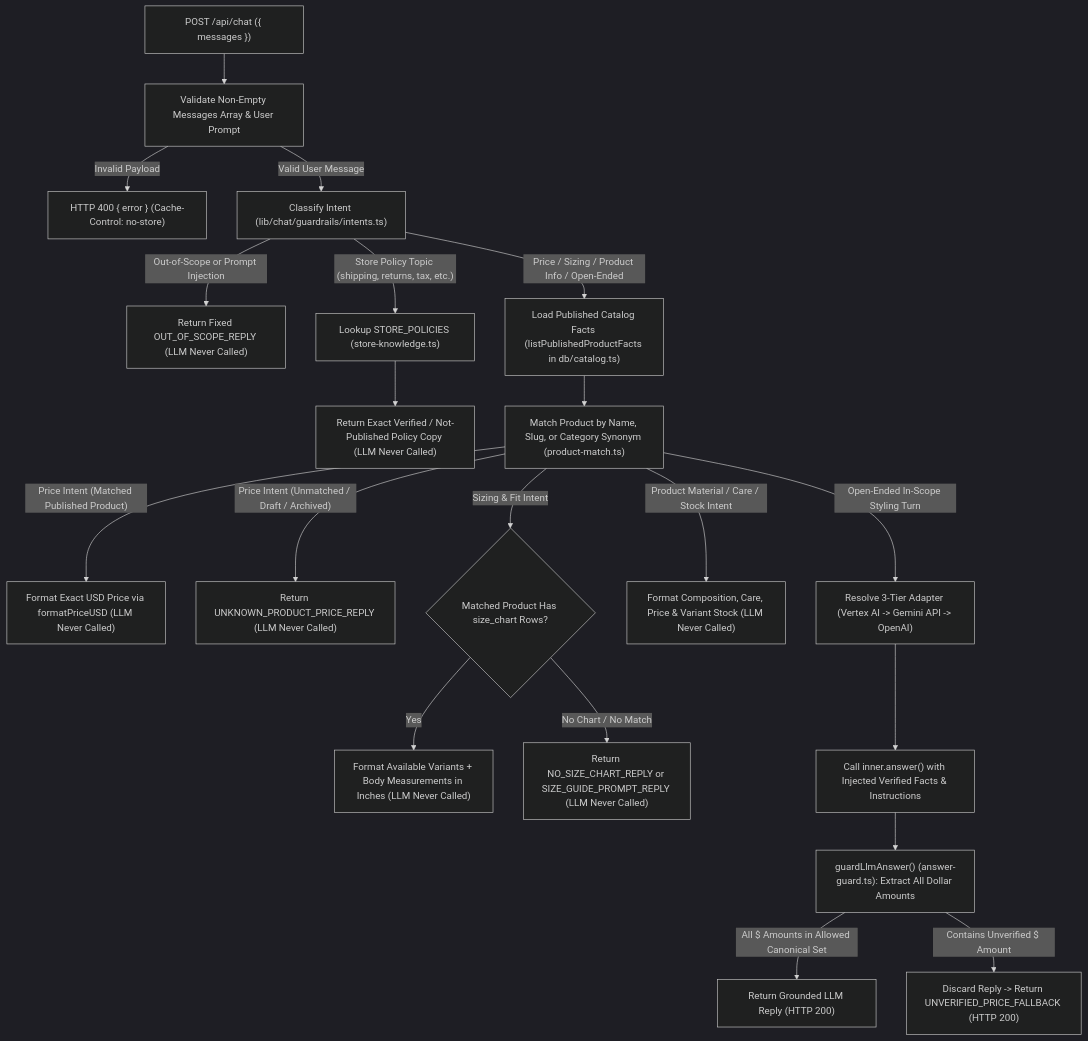
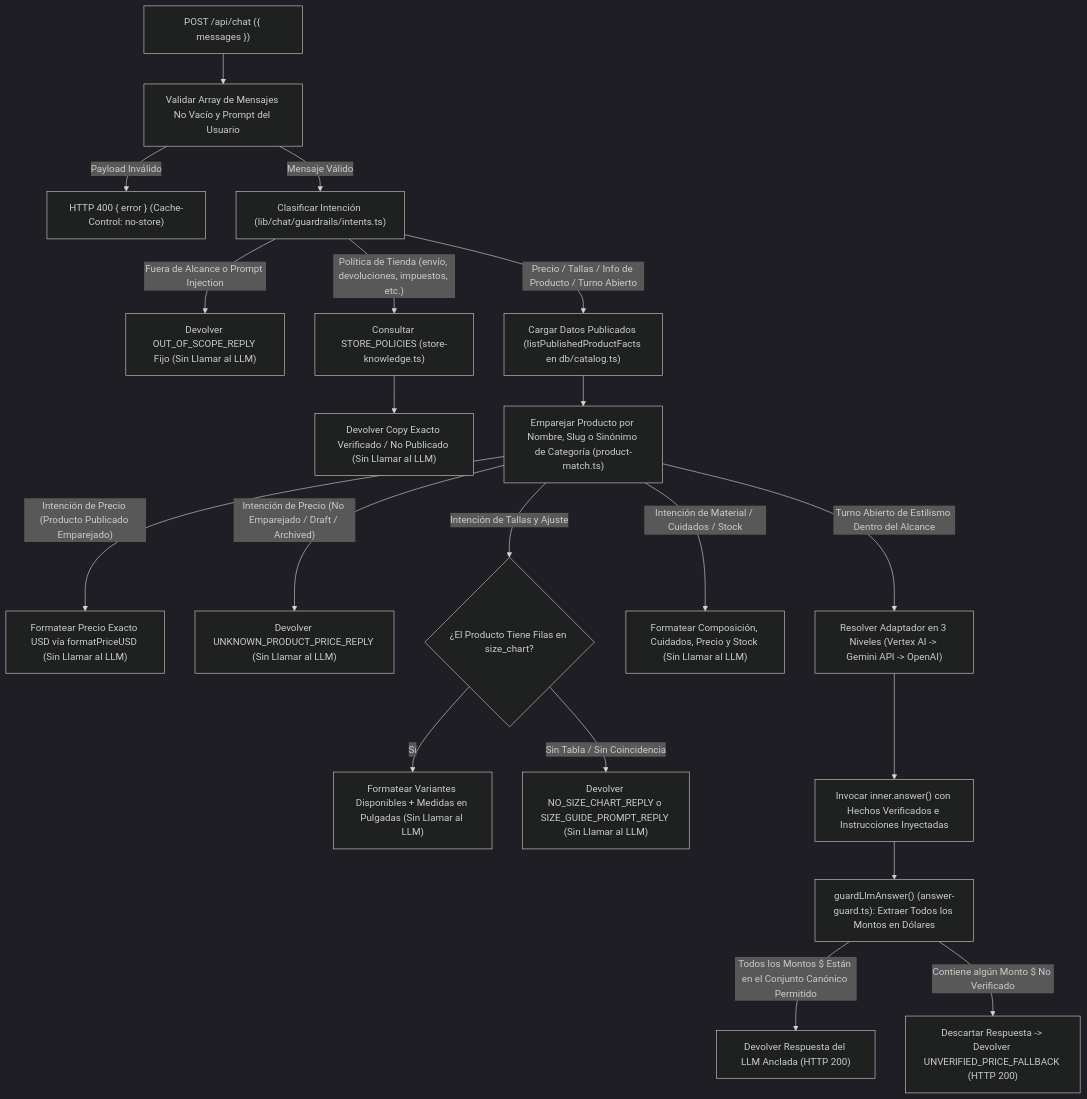
One commit to JesusArmandoM/j-armando changed the second of 6 diagrams in README.md. Above: the diagram before and after it, drawn with Mermaid (dark theme). The commit also changed other lines of this file, not shown here.

````diff
--- a/README.md
+++ b/README.md
@@ -425,28 +425,28 @@
 ```mermaid
 flowchart TD
-  Req["POST /api/chat ({ messages })"] --> Validate["Validate Non-Empty Messages Array & User Prompt"]
-  Validate -- "Invalid Payload" --> Err400["HTTP 400 { error } (Cache-Control: no-store)"]
-  Validate -- "Valid User Message" --> Classify["Classify Intent (lib/chat/guardrails/intents.ts)"]
+  Req["POST /api/chat ({ messages })"] --> Validate["Validar Array de Mensajes No Vacío y Prompt del Usuario"]
+  Validate -- "Payload Inválido" --> Err400["HTTP 400 { error } (Cache-Control: no-store)"]
+  Validate -- "Mensaje Válido" --> Classify["Clasificar Intención (lib/chat/guardrails/intents.ts)"]
 
-  Classify -- "Out-of-Scope or Prompt Injection" --> Refusal["Return Fixed OUT_OF_SCOPE_REPLY (LLM Never Called)"]
-  Classify -- "Store Policy Topic (shipping, returns, tax, etc.)" --> Policy["Lookup STORE_POLICIES (store-knowledge.ts)"]
-  Policy --> PolicyReply["Return Exact Verified / Not-Published Policy Copy (LLM Never Called)"]
+  Classify -- "Fuera de Alcance o Prompt Injection" --> Refusal["Devolver OUT_OF_SCOPE_REPLY Fijo (Sin Llamar al LLM)"]
+  Classify -- "Política de Tienda (envío, devoluciones, impuestos, etc.)" --> Policy["Consultar STORE_POLICIES (store-knowledge.ts)"]
+  Policy --> PolicyReply["Devolver Copy Exacto Verificado / No Publicado (Sin Llamar al LLM)"]
 
-  Classify -- "Price / Sizing / Product Info / Open-Ended" --> ReadDB["Load Published Catalog Facts (listPublishedProductFacts in db/catalog.ts)"]
-  ReadDB --> Match["Match Product by Name, Slug, or Category Synonym (product-match.ts)"]
+  Classify -- "Precio / Tallas / Info de Producto / Turno Abierto" --> ReadDB["Cargar Datos Publicados (listPublishedProductFacts en db/catalog.ts)"]
+  ReadDB --> Match["Emparejar Producto por Nombre, Slug o Sinónimo de Categoría (product-match.ts)"]
 
-  Match -- "Price Intent (Matched Published Product)" --> PriceReply["Format Exact USD Price via formatPriceUSD (LLM Never Called)"]
-  Match -- "Price Intent (Unmatched / Draft / Archived)" --> UnpubPrice["Return UNKNOWN_PRODUCT_PRICE_REPLY (LLM Never Called)"]
+  Match -- "Intención de Precio (Producto Publicado Emparejado)" --> PriceReply["Formatear Precio Exacto USD vía formatPriceUSD (Sin Llamar al LLM)"]
+  Match -- "Intención de Precio (No Emparejado / Draft / Archived)" --> UnpubPrice["Devolver UNKNOWN_PRODUCT_PRICE_REPLY (Sin Llamar al LLM)"]
 
-  Match -- "Sizing & Fit Intent" --> SizeCheck{"Matched Product Has size_chart Rows?"}
-  SizeCheck -- "Yes" --> SizeReply["Format Available Variants + Body Measurements in Inches (LLM Never Called)"]
-  SizeCheck -- "No Chart / No Match" --> NoChartReply["Return NO_SIZE_CHART_REPLY or SIZE_GUIDE_PROMPT_REPLY (LLM Never Called)"]
+  Match -- "Intención de Tallas y Ajuste" --> SizeCheck{"¿El Producto Tiene Filas en size_chart?"}
+  SizeCheck -- "Sí" --> SizeReply["Formatear Variantes Disponibles + Medidas en Pulgadas (Sin Llamar al LLM)"]
+  SizeCheck -- "Sin Tabla / Sin Coincidencia" --> NoChartReply["Devolver NO_SIZE_CHART_REPLY o SIZE_GUIDE_PROMPT_REPLY (Sin Llamar al LLM)"]
 
-  Match -- "Product Material / Care / Stock Intent" --> InfoReply["Format Composition, Care, Price & Variant Stock (LLM Never Called)"]
+  Match -- "Intención de Material / Cuidados / Stock" --> InfoReply["Formatear Composición, Cuidados, Precio y Stock (Sin Llamar al LLM)"]
 
-  Match -- "Open-Ended In-Scope Styling Turn" --> ResolveLLM["Resolve 3-Tier Adapter (Vertex AI -> Gemini API -> OpenAI)"]
-  ResolveLLM --> CallLLM["Call inner.answer() with Injected Verified Facts & Instructions"]
-  CallLLM --> GuardAnswer["guardLlmAnswer() (answer-guard.ts): Extract All Dollar Amounts"]
-  GuardAnswer -- "All $ Amounts in Allowed Canonical Set" --> SafeReply["Return Grounded LLM Reply (HTTP 200)"]
-  GuardAnswer -- "Contains Unverified $ Amount" --> StripReply["Discard Reply -> Return UNVERIFIED_PRICE_FALLBACK (HTTP 200)"]
+  Match -- "Turno Abierto de Estilismo Dentro del Alcance" --> ResolveLLM["Resolver Adaptador en 3 Niveles (Vertex AI -> Gemini API -> OpenAI)"]
+  ResolveLLM --> CallLLM["Invocar inner.answer() con Hechos Verificados e Instrucciones Inyectadas"]
+  CallLLM --> GuardAnswer["guardLlmAnswer() (answer-guard.ts): Extraer Todos los Montos en Dólares"]
+  GuardAnswer -- "Todos los Montos $ Están en el Conjunto Canónico Permitido" --> SafeReply["Devolver Respuesta del LLM Anclada (HTTP 200)"]
+  GuardAnswer -- "Contiene algún Monto $ No Verificado" --> StripReply["Descartar Respuesta -> Devolver UNVERIFIED_PRICE_FALLBACK (HTTP 200)"]
 ```
````
